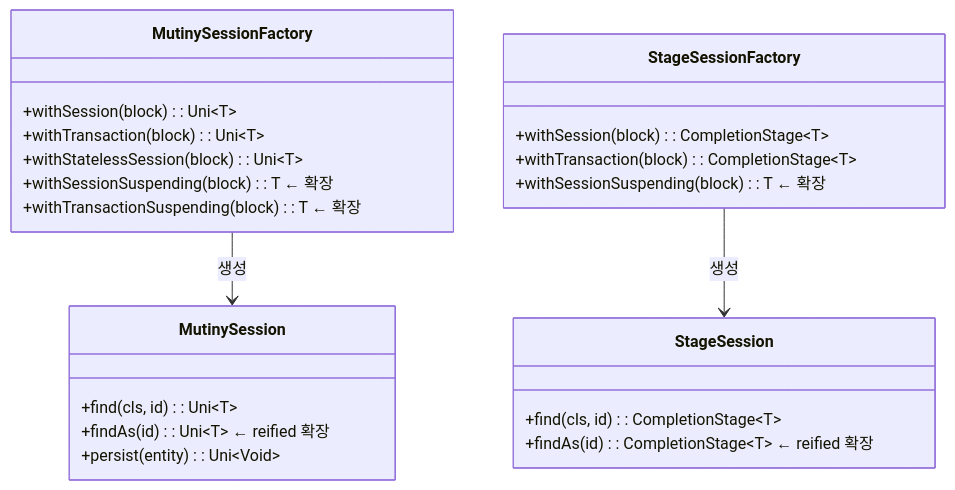
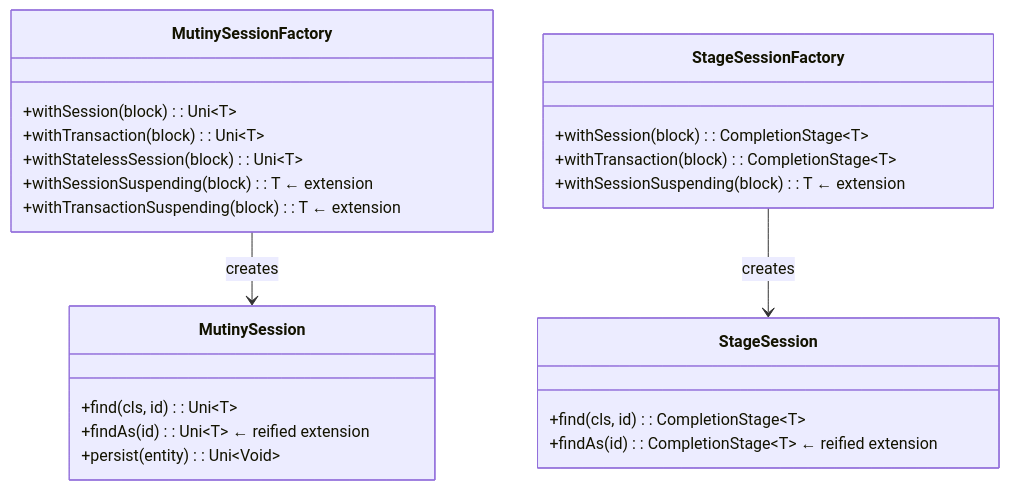
Before and after one commit to bluetape4k/bluetape4k-projects: the third of 3 diagrams in data/hibernate-reactive/README.md, drawn with Mermaid. The commit also changed other lines of this file and 265 other files, not shown here.

````diff
--- a/data/hibernate-reactive/README.md
+++ b/data/hibernate-reactive/README.md
@@ -127,27 +129,27 @@
 ```mermaid
 classDiagram
     class MutinySessionFactory {
         +withSession(block): Uni~T~
         +withTransaction(block): Uni~T~
         +withStatelessSession(block): Uni~T~
-        +withSessionSuspending(block): T  ← 확장
-        +withTransactionSuspending(block): T  ← 확장
+        +withSessionSuspending(block): T  ← extension
+        +withTransactionSuspending(block): T  ← extension
     }
     class StageSessionFactory {
         +withSession(block): CompletionStage~T~
         +withTransaction(block): CompletionStage~T~
-        +withSessionSuspending(block): T  ← 확장
+        +withSessionSuspending(block): T  ← extension
     }
     class MutinySession {
         +find(cls, id): Uni~T~
-        +findAs(id): Uni~T~  ← reified 확장
+        +findAs(id): Uni~T~  ← reified extension
         +persist(entity): Uni~Void~
     }
     class StageSession {
         +find(cls, id): CompletionStage~T~
-        +findAs(id): CompletionStage~T~  ← reified 확장
+        +findAs(id): CompletionStage~T~  ← reified extension
     }
 
-    MutinySessionFactory --> MutinySession : 생성
-    StageSessionFactory --> StageSession : 생성
+    MutinySessionFactory --> MutinySession : creates
+    StageSessionFactory --> StageSession : creates
 ```
````
